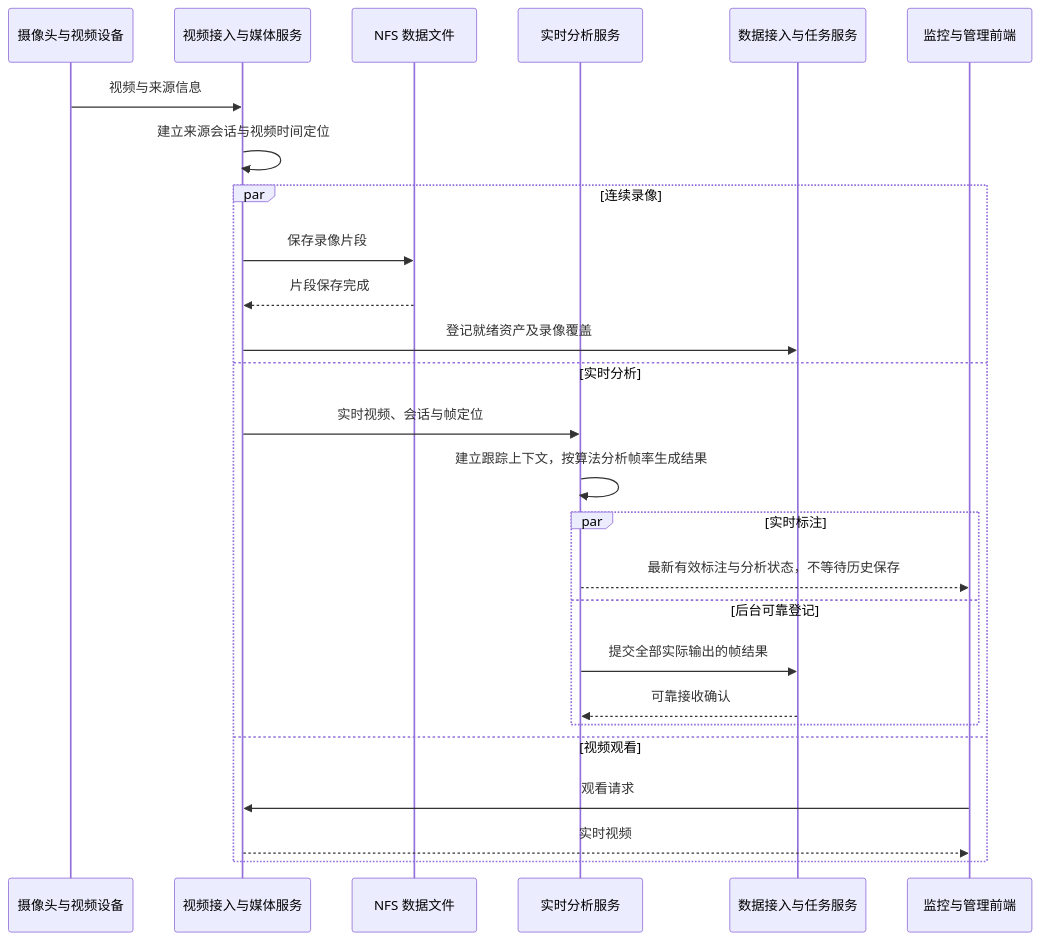
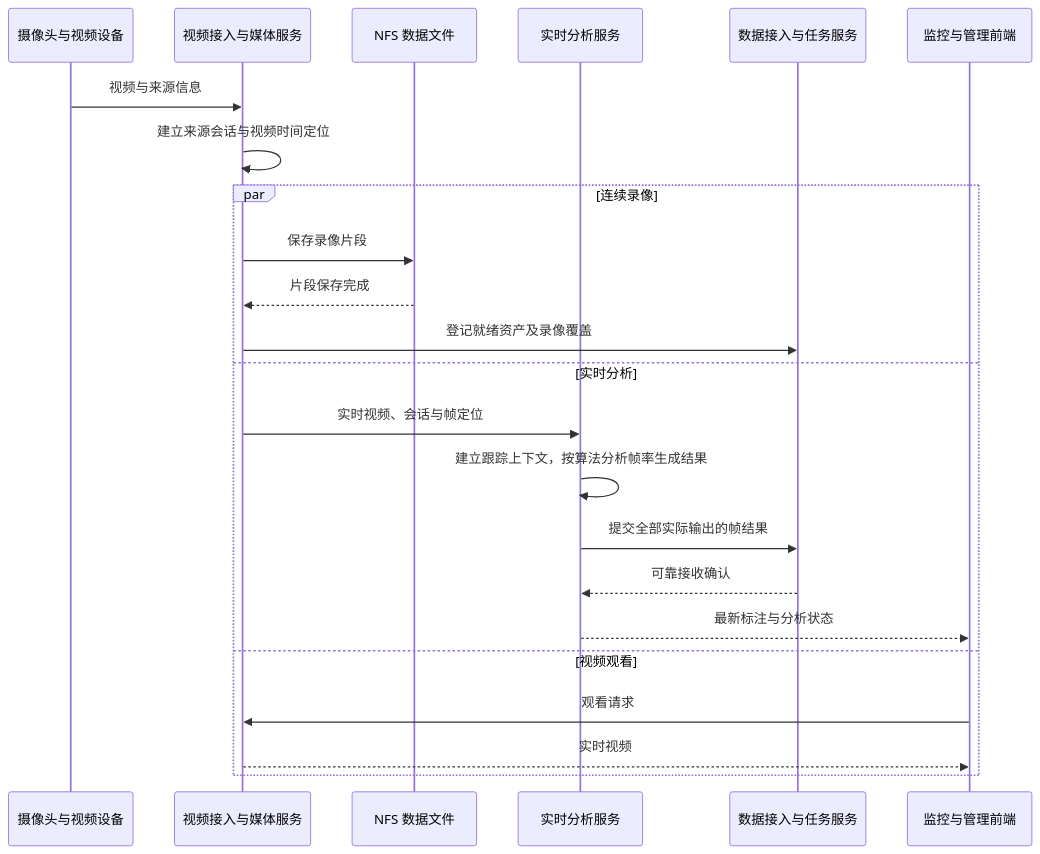
Before and after one commit to YwAcle/hxjm-monitor: the third of 7 diagrams in docs/系统架构说明书.md, drawn with Mermaid. The commit also changed other lines of this file and 1156 other files, not shown here.

````diff
--- a/docs/系统架构说明书.md
+++ b/docs/系统架构说明书.md
@@ -274,28 +246,25 @@
 ```mermaid
 sequenceDiagram
   participant C as 摄像头与视频设备
   participant M as 视频接入与媒体服务
   participant N as NFS 数据文件
   participant R as 实时分析服务
   participant T as 数据接入与任务服务
   participant U as 监控与管理前端
   C->>M: 视频与来源信息
   M->>M: 建立来源会话与视频时间定位
   par 连续录像
     M->>N: 保存录像片段
     N-->>M: 片段保存完成
     M->>T: 登记就绪资产及录像覆盖
   and 实时分析
     M->>R: 实时视频、会话与帧定位
     R->>R: 建立跟踪上下文，按算法分析帧率生成结果
-    par 实时标注
-      R-->>U: 最新有效标注与分析状态，不等待历史保存
-    and 后台可靠登记
-      R->>T: 提交全部实际输出的帧结果
-      T-->>R: 可靠接收确认
-    end
+    R->>T: 提交全部实际输出的帧结果
+    T-->>R: 可靠接收确认
+    R-->>U: 最新标注与分析状态
   and 视频观看
     U->>M: 观看请求
     M-->>U: 实时视频
   end
 ```
````
